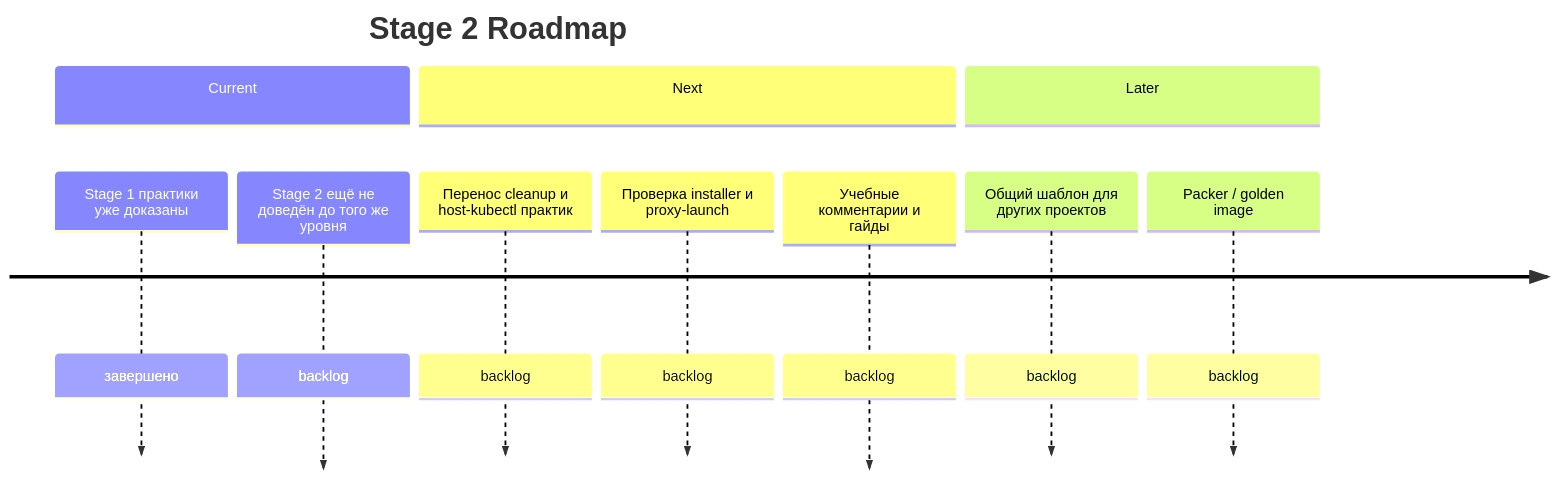
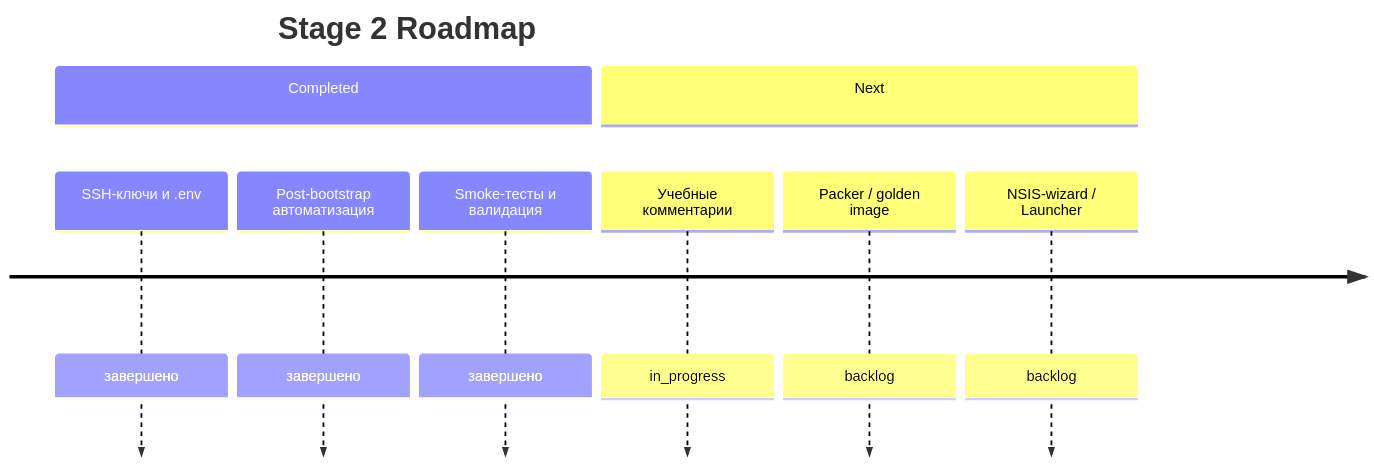
The third of 3 diagrams in stage2/README.md (avryahov/k8s-lab-virtualbox-win-local), drawn with Mermaid before and after one commit. The commit also changed other lines of this file and 4 other files, not shown here.

Commit message:
feature/stage2-post-bootstrap: add core post-bootstrap automation

````diff
--- a/stage2/README.md
+++ b/stage2/README.md
@@ -61,14 +195,12 @@
 ```mermaid
 timeline
     title Stage 2 Roadmap
-    section Current
-      Stage 1 практики уже доказаны : завершено
-      Stage 2 ещё не доведён до того же уровня : backlog
+    section Completed
+      SSH-ключи и .env : завершено
+      Post-bootstrap автоматизация : завершено
+      Smoke-тесты и валидация : завершено
     section Next
-      Перенос cleanup и host-kubectl практик : backlog
-      Проверка installer и proxy-launch : backlog
-      Учебные комментарии и гайды : backlog
-    section Later
-      Общий шаблон для других проектов : backlog
+      Учебные комментарии : in_progress
       Packer / golden image : backlog
+      NSIS-wizard / Launcher : backlog
 ```
````
